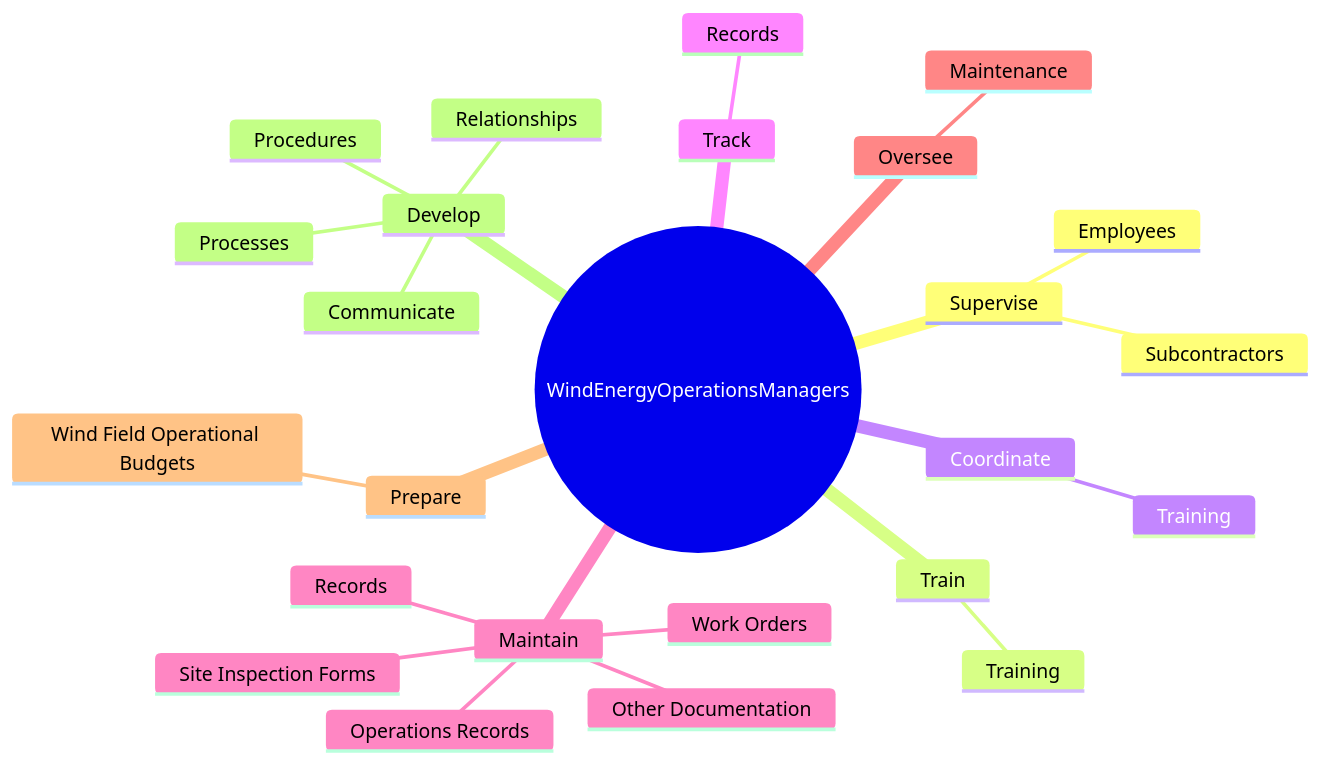
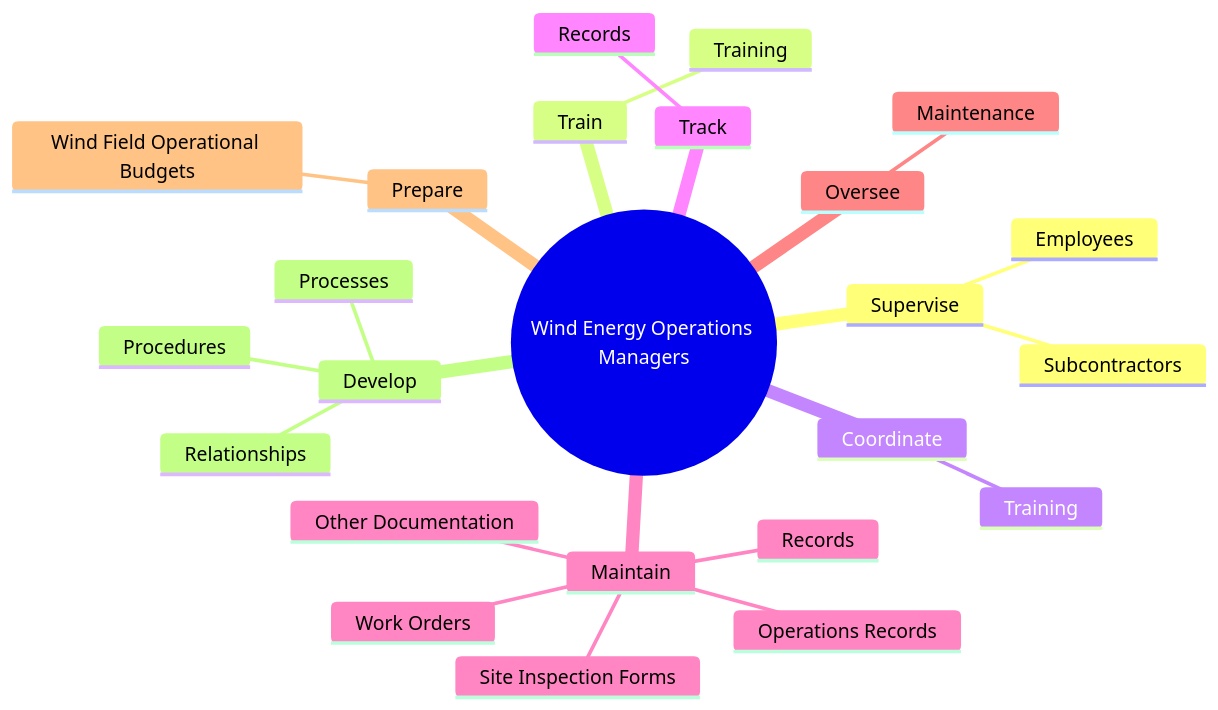
One commit to kziemski/business.org.ai changed the second of 4 diagrams in occupations/Management/WindEnergyOperationsManagers.mdx. Above: the diagram before and after it, drawn with Mermaid. The commit also changed other lines of this file and 938 other files, not shown here.

````diff
--- a/occupations/Management/WindEnergyOperationsManagers.mdx
+++ b/occupations/Management/WindEnergyOperationsManagers.mdx
@@ -38,28 +46,27 @@
 ```mermaid
 mindmap
-    root(("WindEnergyOperationsManagers"))
+    root(("Wind Energy Operations Managers"))
         Supervise
             Employees
             Subcontractors
         Train
             Training
         Coordinate
             Training
         Track
             Records
         Maintain
             Records
             Operations Records
             Work Orders
             Site Inspection Forms
             Other Documentation
         Oversee
             Maintenance
         Prepare
             Wind Field Operational Budgets
         Develop
             Relationships
-            Communicate
             Processes
             Procedures
 ```
````
